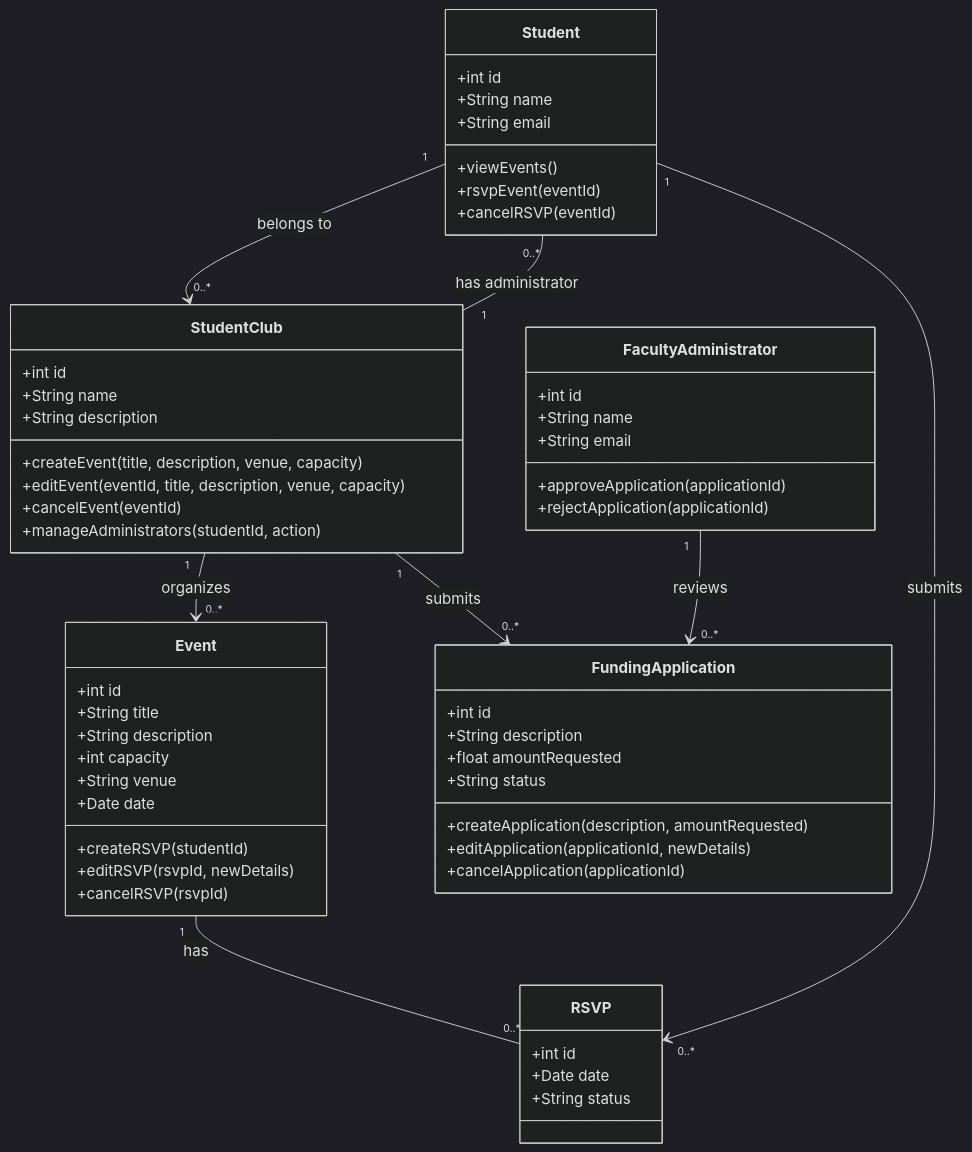
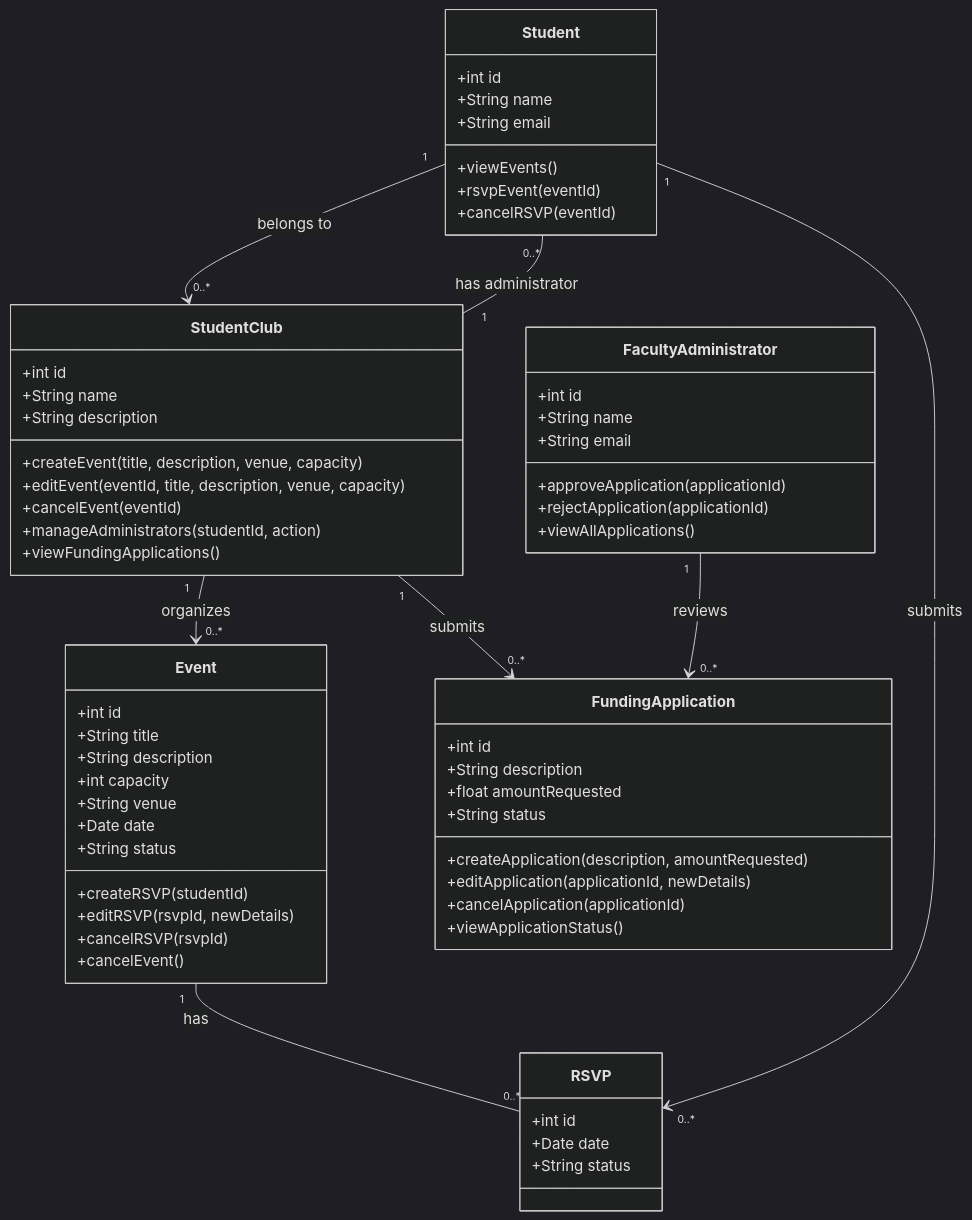
One commit to LiWinston/SDAMC changed the diagram in DomainModel.mmd. Above: the diagram before and after it, drawn with Mermaid (dark theme).

```diff
--- a/DomainModel.mmd
+++ b/DomainModel.mmd
@@ -1,63 +1,68 @@
 classDiagram
     Student "1" --> "0..*" StudentClub : belongs to
     StudentClub "1" -- "0..*" Student : has administrator
     StudentClub "1" --> "0..*" Event : organizes
     Event "1" -- "0..*" RSVP : has
     Student "1" --> "0..*" RSVP : submits
     StudentClub "1" --> "0..*" FundingApplication : submits
     FacultyAdministrator "1" --> "0..*" FundingApplication : reviews
 
     class Student {
         +int id
         +String name
         +String email
         +viewEvents()
         +rsvpEvent(eventId)
         +cancelRSVP(eventId)
     }
 
     class StudentClub {
         +int id
         +String name
         +String description
         +createEvent(title, description, venue, capacity)
         +editEvent(eventId, title, description, venue, capacity)
         +cancelEvent(eventId)
         +manageAdministrators(studentId, action)
+        +viewFundingApplications()
     }
 
     class Event {
         +int id
         +String title
         +String description
         +int capacity
         +String venue
         +Date date
+        +String status
         +createRSVP(studentId)
         +editRSVP(rsvpId, newDetails)
         +cancelRSVP(rsvpId)
+        +cancelEvent()
     }
 
     class RSVP {
         +int id
         +Date date
         +String status
     }
 
     class FundingApplication {
         +int id
         +String description
         +float amountRequested
         +String status
         +createApplication(description, amountRequested)
         +editApplication(applicationId, newDetails)
         +cancelApplication(applicationId)
+        +viewApplicationStatus()
     }
 
     class FacultyAdministrator {
         +int id
         +String name
         +String email
         +approveApplication(applicationId)
         +rejectApplication(applicationId)
+        +viewAllApplications()
     }
```
